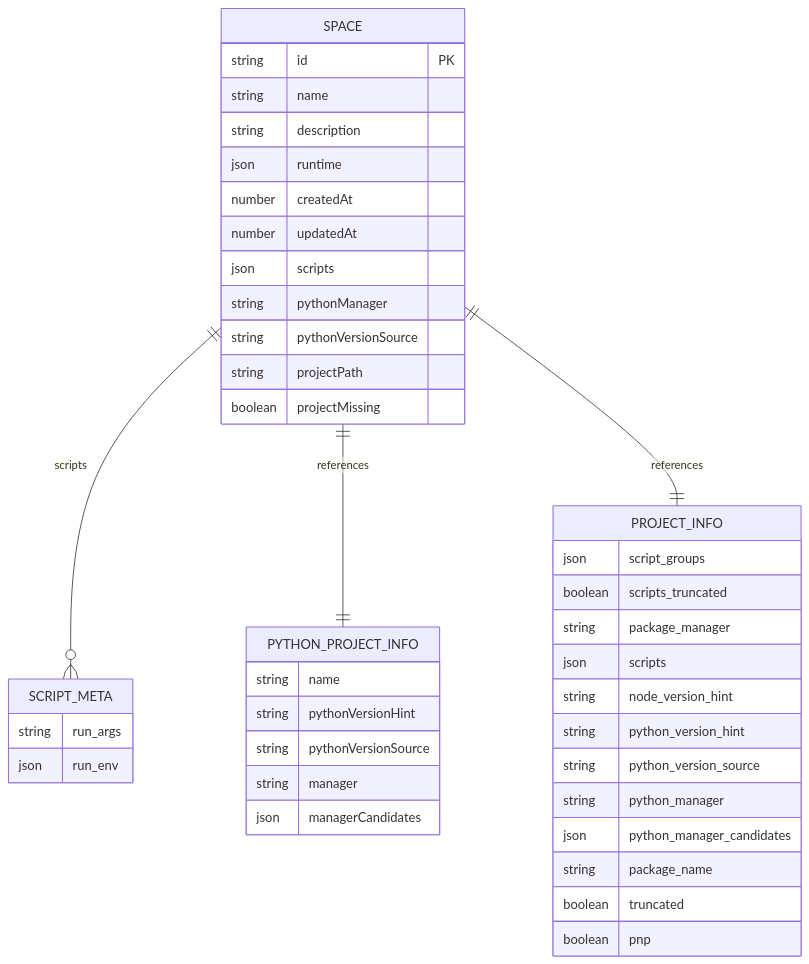
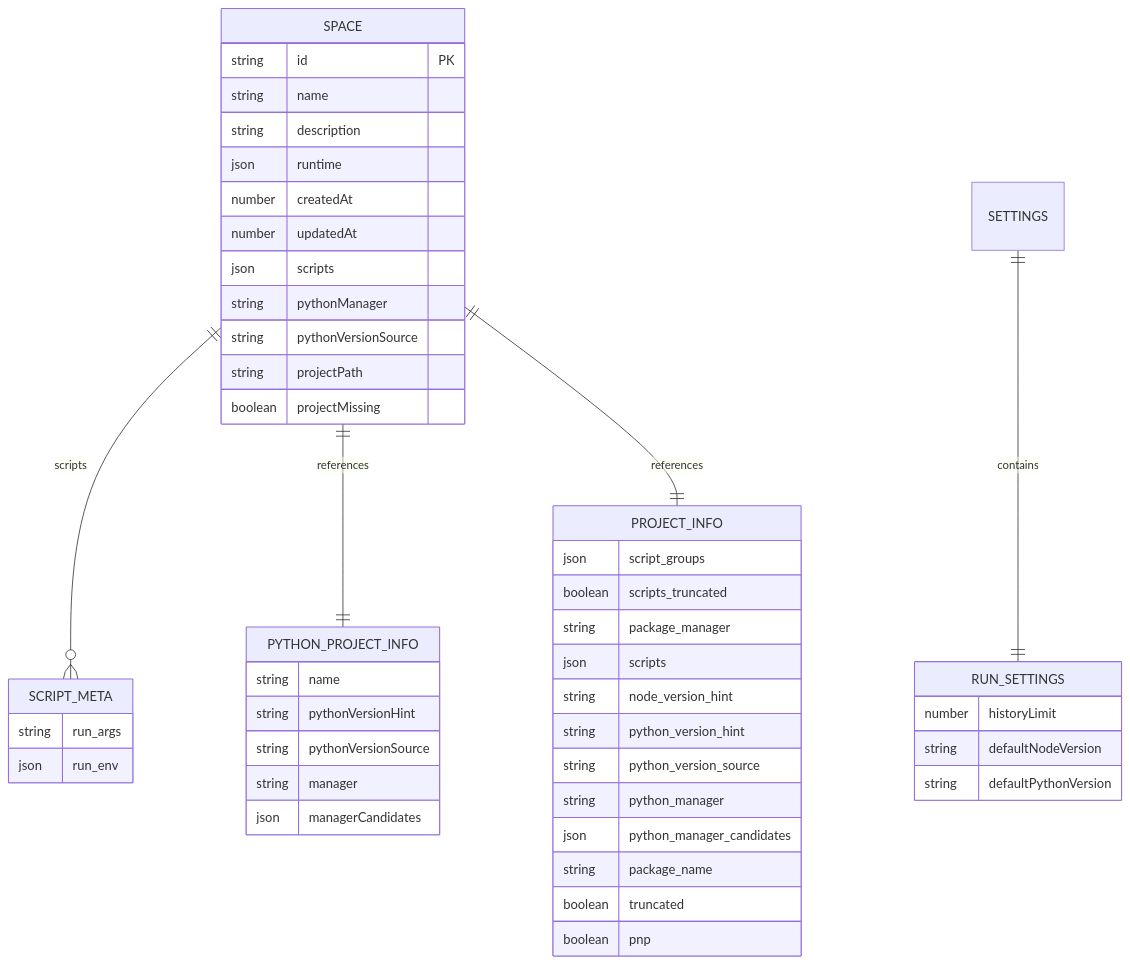
Diagram 12 of 14 in .qoder/repowiki/zh/content/核心服务层/Space 服务（项目空间管理）.md (hozeeee/script-box), drawn with Mermaid before and after one commit. The commit also changed other lines of this file and 2 other files, not shown here.

````diff
--- a/.qoder/repowiki/zh/content/核心服务层/Space 服务（项目空间管理）.md
+++ b/.qoder/repowiki/zh/content/核心服务层/Space 服务（项目空间管理）.md
@@ -519,44 +560,50 @@
 ```mermaid
 erDiagram
 SPACE {
 string id PK
 string name
 string description
 json runtime
 number createdAt
 number updatedAt
 json scripts
 string pythonManager
 string pythonVersionSource
 string projectPath
 boolean projectMissing
 }
 SCRIPT_META {
 string run_args
 json run_env
 }
 PYTHON_PROJECT_INFO {
 string name
 string pythonVersionHint
 string pythonVersionSource
 string manager
 json managerCandidates
 }
 PROJECT_INFO {
 json script_groups
 boolean scripts_truncated
 string package_manager
 json scripts
 string node_version_hint
 string python_version_hint
 string python_version_source
 string python_manager
 json python_manager_candidates
 string package_name
 boolean truncated
 boolean pnp
 }
+RUN_SETTINGS {
+number historyLimit
+string defaultNodeVersion
+string defaultPythonVersion
+}
 SPACE ||--o{ SCRIPT_META : "scripts"
 SPACE ||--|| PYTHON_PROJECT_INFO : "references"
 SPACE ||--|| PROJECT_INFO : "references"
+SETTINGS ||--|| RUN_SETTINGS : "contains"
 ```
````
